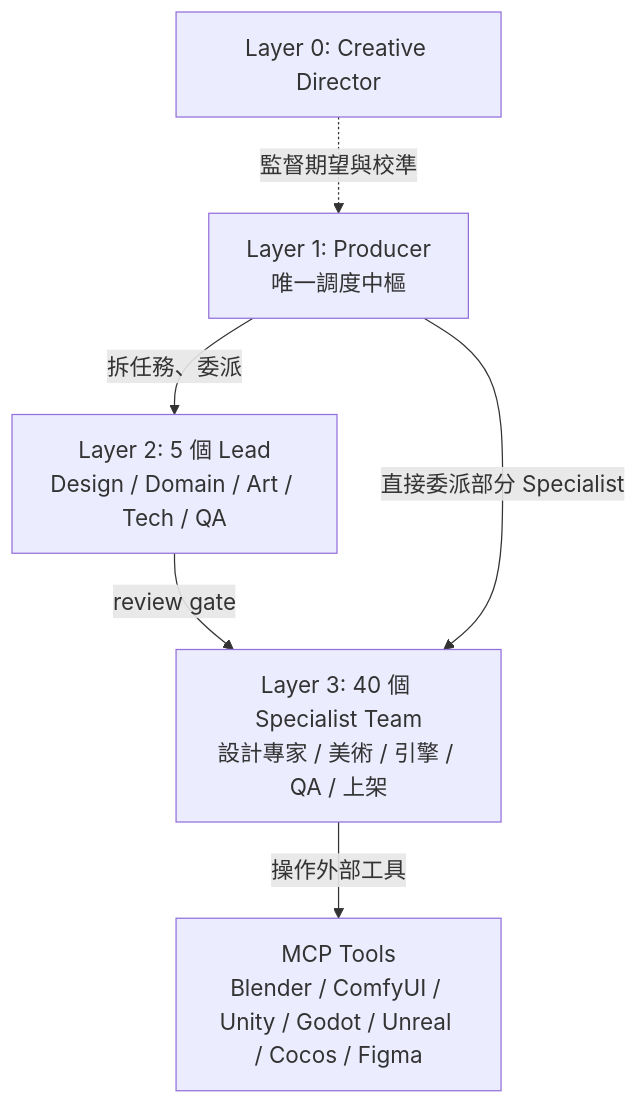
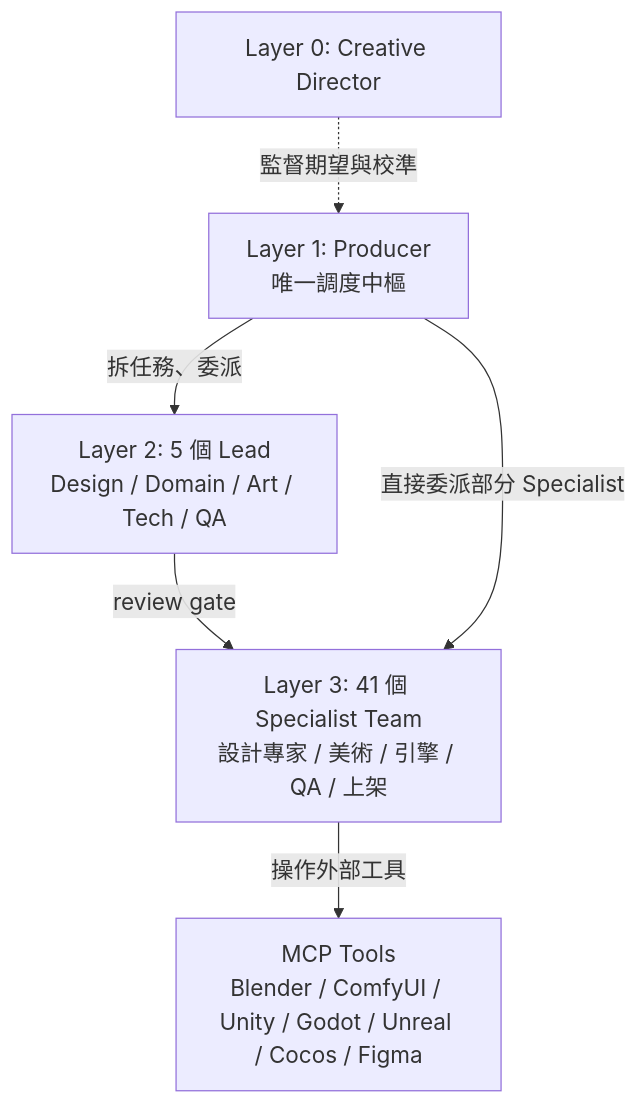
Before and after one commit to hoycdanny/kiro-multi-agent-game-studio: the first of 2 diagrams in README.md, drawn with Mermaid. The commit also changed other lines of this file and 100 other files, not shown here.

````diff
--- a/README.md
+++ b/README.md
@@ -279,15 +318,15 @@
 ```mermaid
 %%{init: {'themeVariables': {'fontSize': '18px'}}}%%
 graph TD
     CD[Layer 0: Creative Director]
     P[Layer 1: Producer<br/>唯一調度中樞]
     L2[Layer 2: 5 個 Lead<br/>Design / Domain / Art / Tech / QA]
-    L3[Layer 3: 40 個 Specialist Team<br/>設計專家 / 美術 / 引擎 / QA / 上架]
+    L3[Layer 3: 41 個 Specialist Team<br/>設計專家 / 美術 / 引擎 / QA / 上架]
     MCP[MCP Tools<br/>Blender / ComfyUI / Unity / Godot / Unreal / Cocos / Figma]
 
     CD -.->|監督期望與校準| P
     P -->|拆任務、委派| L2
     L2 -->|review gate| L3
     P -->|直接委派部分 Specialist| L3
     L3 -->|操作外部工具| MCP
 ```
````
